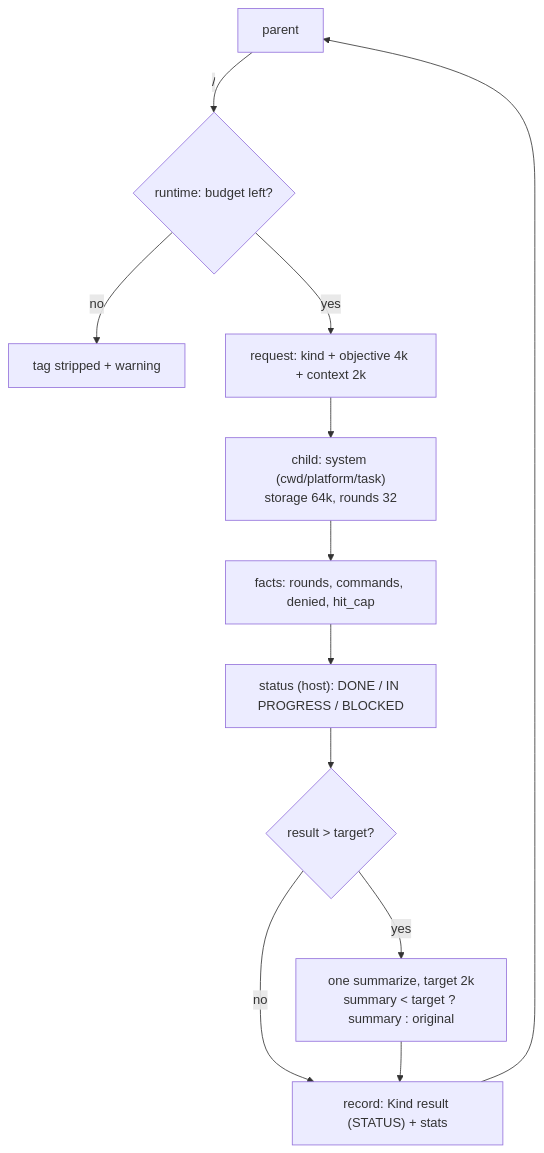
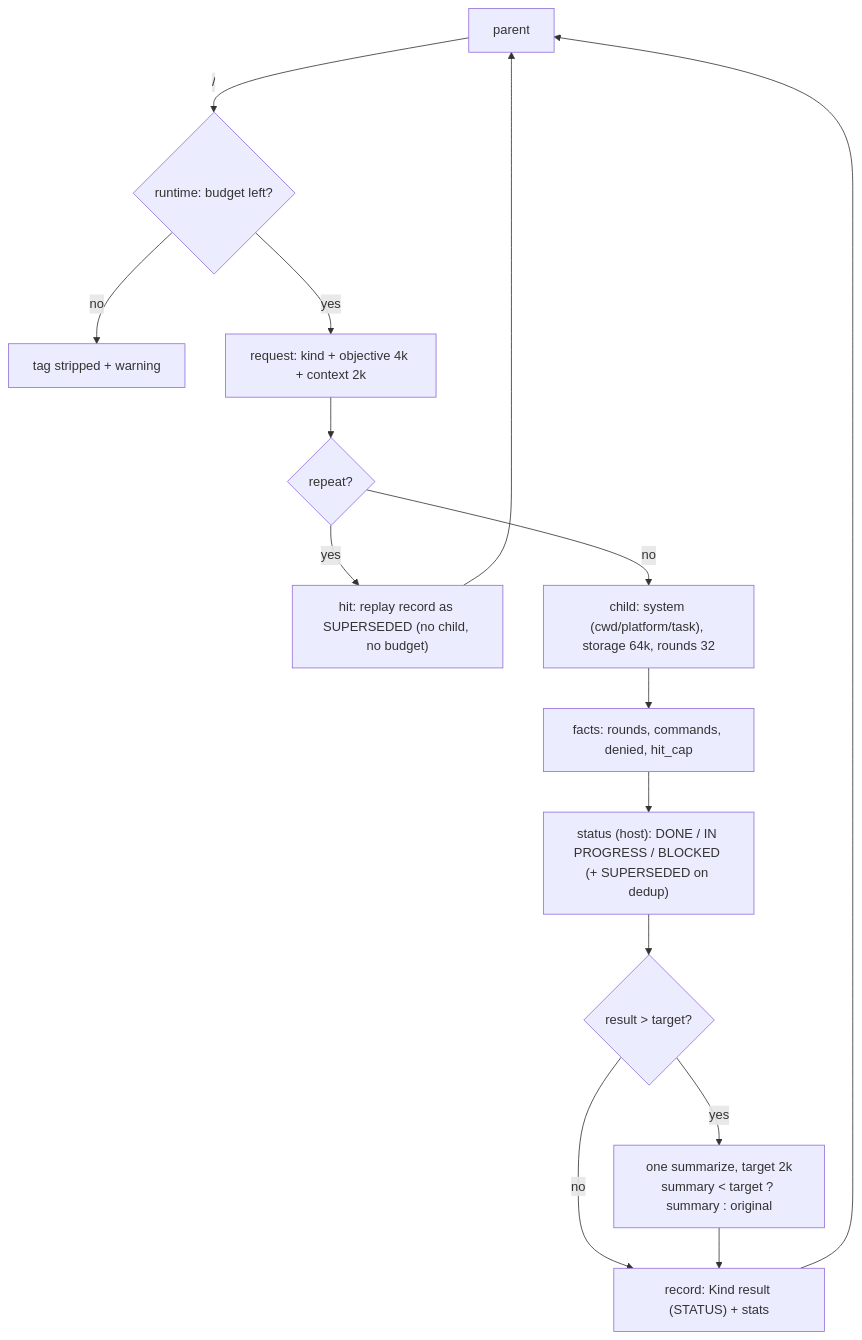
One commit to naoeosavio/Tell-ai changed the diagram in docs/core/delegation.md. Above: the diagram before and after it, drawn with Mermaid. The commit also changed other lines of this file and 4 other files, not shown here.

First line of the commit message:
feat(delegation): add dedup and SUPERSEDED status

````diff
--- a/docs/core/delegation.md
+++ b/docs/core/delegation.md
@@ -29,14 +29,17 @@
 ```mermaid
 flowchart TD
     P[parent] -->|"<DELEGATE> / <SUBTASK>"| B{"runtime: budget left?"}
     B -- no --> W[tag stripped + warning]
     B -- yes --> R["request: kind + objective 4k + context 2k"]
-    R --> C["child: system (cwd/platform/task)<br/>storage 64k, rounds 32"]
+    R --> D{"repeat?"}
+    D -- yes --> H["hit: replay record as SUPERSEDED (no child, no budget)"]
+    H --> P
+    D -- no --> C["child: system (cwd/platform/task), storage 64k, rounds 32"]
     C --> F["facts: rounds, commands, denied, hit_cap"]
-    F --> S["status (host): DONE / IN PROGRESS / BLOCKED"]
+    F --> S["status (host): DONE / IN PROGRESS / BLOCKED (+ SUPERSEDED on dedup)"]
     S --> Z{"result > target?"}
     Z -- no --> REC["record: Kind result (STATUS) + stats"]
     Z -- yes --> SUM["one summarize, target 2k<br/>summary < target ? summary : original"]
     SUM --> REC
     REC --> P
 ```
````
